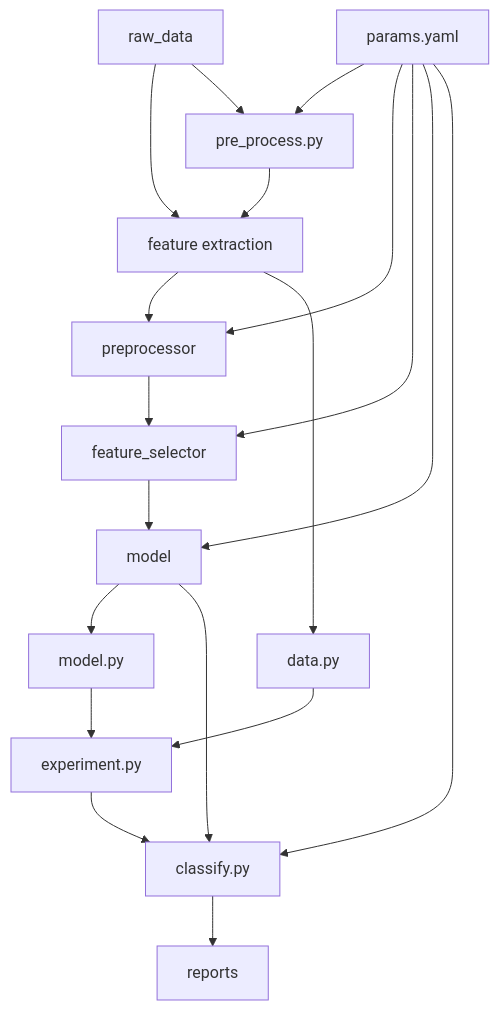
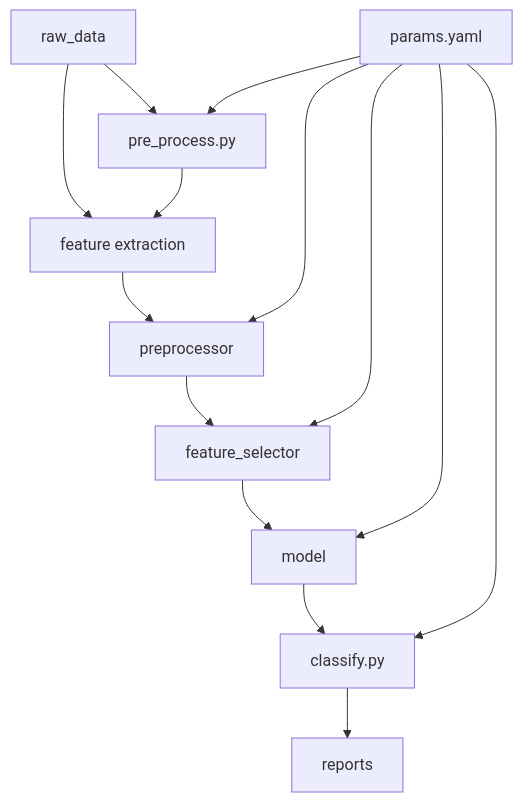
The diagram in README.md (simplymathematics/as_activity_recognition), drawn with Mermaid before and after one commit.

````diff
--- a/README.md
+++ b/README.md
@@ -9,28 +9,22 @@
 ```mermaid
 flowchart TD
 	node1["raw_data"]
 	node2["feature extraction"]
 	node3["preprocessor"]
 	node4["feature_selector"]
 	node5["model"]
 	node8["pre_process.py"]
 	node9["classify.py"]
-	node10["data.py"]
-	node11["model.py"]
-	node12["experiment.py"]
 	node13["params.yaml"]
 	node14["reports"]
-	node1-->node2-->node3-->node4-->node5-->node11
+	node1-->node2-->node3-->node4-->node5
 	node5-->node9
 	node13-->node8
 	node1-->node8
 	node8-->node2
 	node13-->node3
-	node10-->node12
-	node11-->node12-->node9
-	node2-->node10
 	node9-->node14
 	node13-->node4
 	node13-->node5
 	node13-->node9
 ```
````
